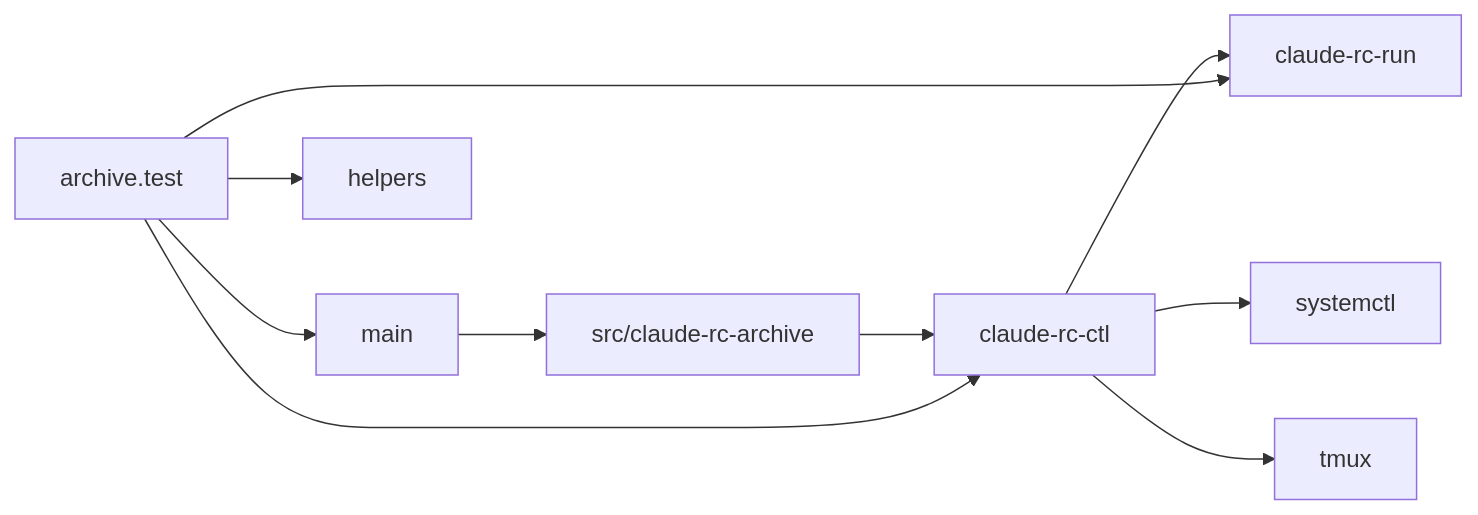
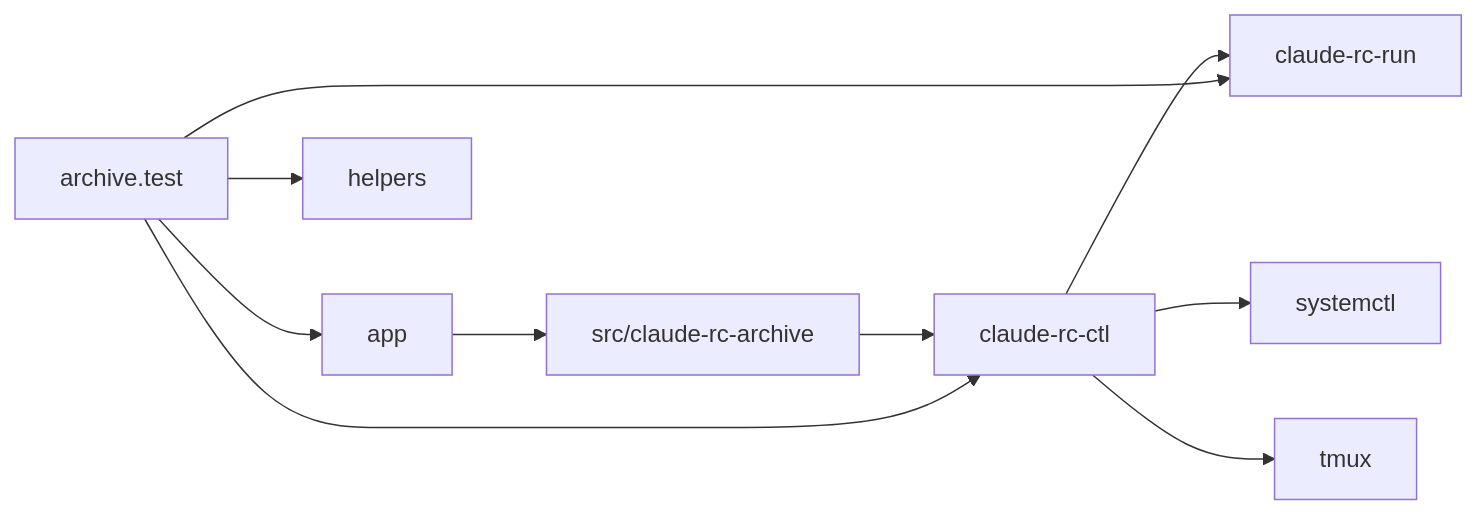
One commit to nekono-dev/claude-rc-ctl changed the first of 2 diagrams in specs/claude-rc-archive/design.md. Above: the diagram before and after it, drawn with Mermaid. The commit also changed other lines of this file and 15 other files, not shown here.

````diff
--- a/specs/claude-rc-archive/design.md
+++ b/specs/claude-rc-archive/design.md
@@ -19,12 +19,12 @@
 ```mermaid
 flowchart LR
   unit["src/claude-rc-archive"] --> ctl["claude-rc-ctl"]
   ctl --> run["claude-rc-run"]
   ctl --> ext_systemctl["systemctl"]
   ctl --> ext_tmux["tmux"]
-  main["main"] --> unit
+  app["app"] --> unit
   t_archive["archive.test"] --> ctl
   t_archive --> run
-  t_archive --> main
+  t_archive --> app
   t_archive --> helpers["helpers"]
 ```
````
